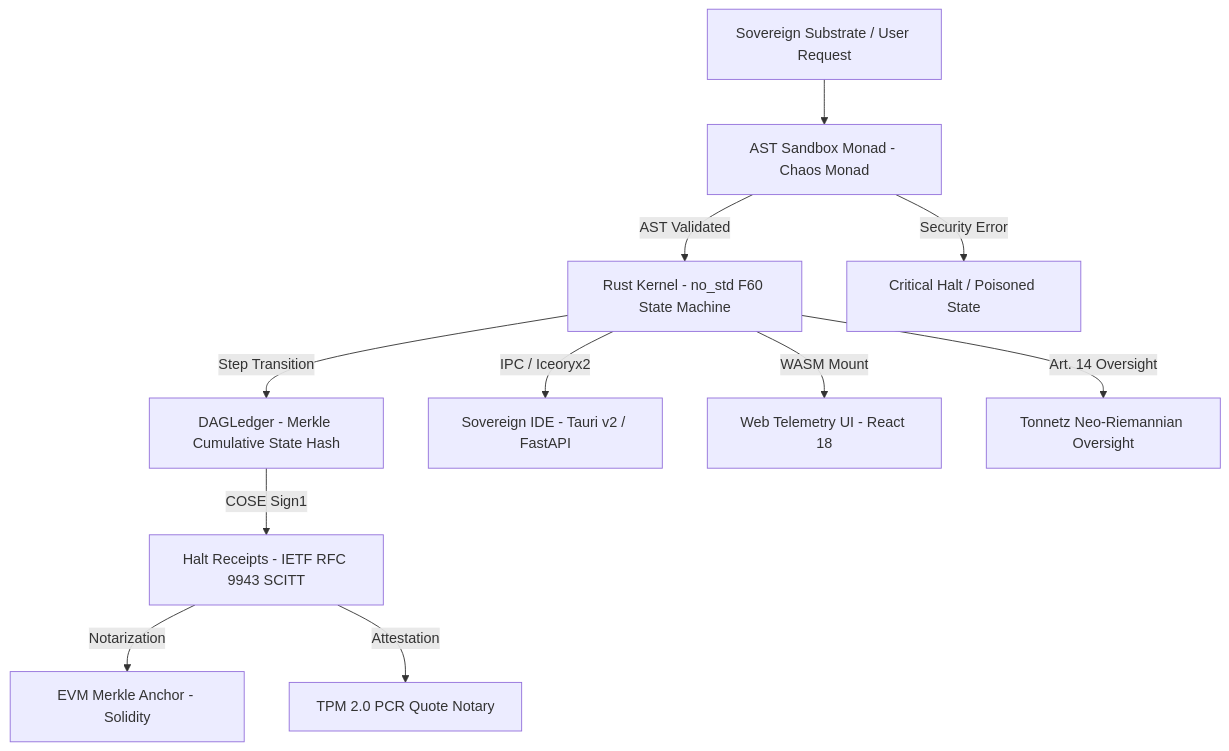
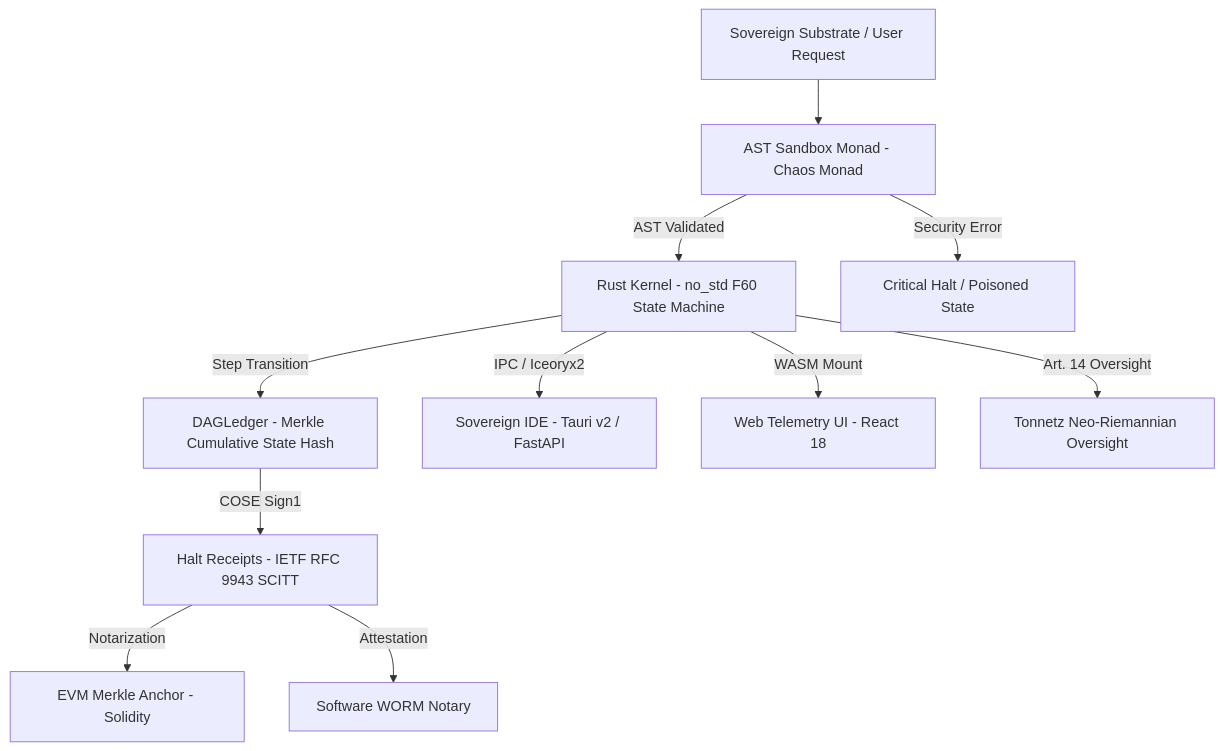
The diagram in docs/README.md (borjamoskv/BABYLON-60), drawn with Mermaid before and after one commit. The commit also changed other lines of this file and 7 other files, not shown here.

Commit message:
[AX-4] EPISTEMOLOGY: Sincronización topológica — Purga de afirmaciones TPM 2.0 en diagramas, certificados internacionales y whitepapers, alineando todo el ecosistema al WORM de software real

````diff
--- a/docs/README.md
+++ b/docs/README.md
@@ -29,16 +29,16 @@
 ```mermaid
 graph TD
     Sub[Sovereign Substrate / User Request] --> AST[AST Sandbox Monad - Chaos Monad]
     AST -->|AST Validated| Kernel[Rust Kernel - no_std F60 State Machine]
     AST -->|Security Error| Fail[Critical Halt / Poisoned State]
     
     Kernel -->|Step Transition| Ledger[DAGLedger - Merkle Cumulative State Hash]
     Ledger -->|COSE Sign1| Receipt[Halt Receipts - IETF RFC 9943 SCITT]
     
     Kernel -->|IPC / Iceoryx2| IDE[Sovereign IDE - Tauri v2 / FastAPI]
     Kernel -->|WASM Mount| WebUI[Web Telemetry UI - React 18]
     Kernel -->|Art. 14 Oversight| Tonnetz[Tonnetz Neo-Riemannian Oversight]
     
     Receipt -->|Notarization| EVM[EVM Merkle Anchor - Solidity]
-    Receipt -->|Attestation| TPM[TPM 2.0 PCR Quote Notary]
+    Receipt -->|Attestation| WORM[Software WORM Notary]
 ```
````
